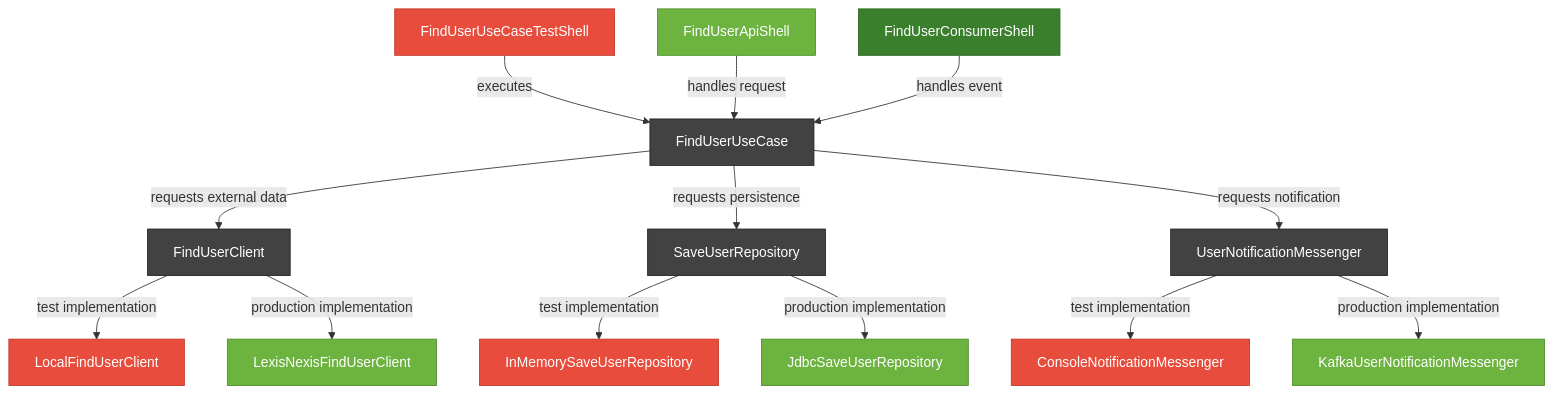
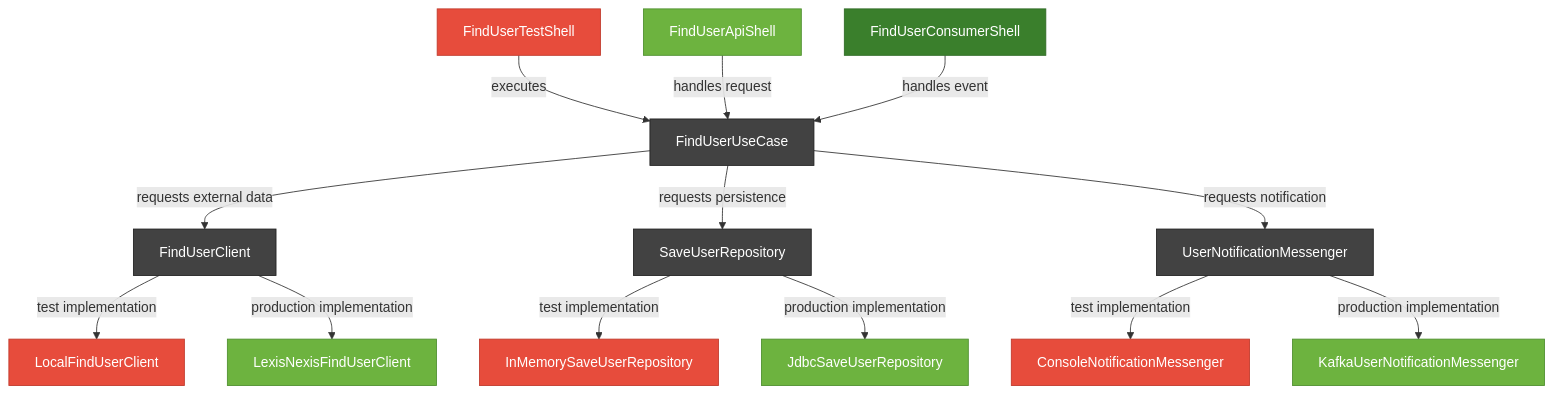
The diagram in README.md (hermi-projects/hermi), drawn with Mermaid before and after one commit.

Commit message:
docs: rename FindUserUseCaseTestShell to FindUserTestShell in README mermaid diagram

````diff
--- a/README.md
+++ b/README.md
@@ -559,38 +559,38 @@
 ```mermaid
 graph TD
     %% Phase 1: Test Shell + Test Implementations
-    A[FindUserUseCaseTestShell] -->|executes| U[FindUserUseCase]
+    A[FindUserTestShell] -->|executes| U[FindUserUseCase]
 
     %% Phase 2: API Shell
     B[FindUserApiShell] -->|handles request| U
 
     %% Phase 3: Consumer Shell (Spring Kafka)
     C[FindUserConsumerShell] -->|handles event| U
 
     %% Use Case -> Contracts
     U -->|requests external data| D[FindUserClient]
     U -->|requests persistence| E[SaveUserRepository]
     U -->|requests notification| F[UserNotificationMessenger]
 
     %% Phase 1 Implementations
     D -->|test implementation| G[LocalFindUserClient]
     E -->|test implementation| H[InMemorySaveUserRepository]
     F -->|test implementation| I[ConsoleNotificationMessenger]
 
     %% Phase 2 Implementations
     D -->|production implementation| J[LexisNexisFindUserClient]
     E -->|production implementation| K[JdbcSaveUserRepository]
     F -->|production implementation| L[KafkaUserNotificationMessenger]
 
     %% Classes (using logo colors)
     classDef test fill:#E74C3C,color:#ffffff,stroke:#C0392B,stroke-width:1px
     classDef api fill:#6DB33F,color:#ffffff,stroke:#4E8F2F,stroke-width:1px
     classDef consumer fill:#3A7F2C,color:#ffffff,stroke:#2E6A24,stroke-width:1px
     classDef neutral fill:#424242,color:#ffffff,stroke:#212121,stroke-width:1px
 
     %% Assign classes
     class A,G,H,I test
     class B,J,K,L api
     class C consumer
     class U,D,E,F neutral
 ```
````
